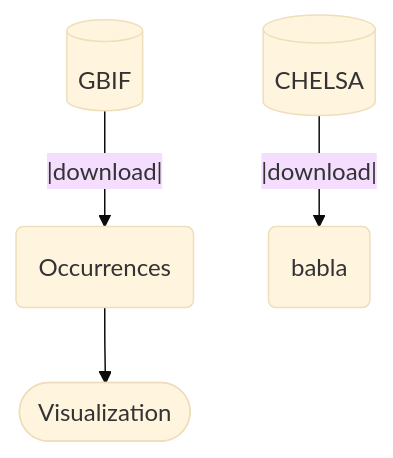
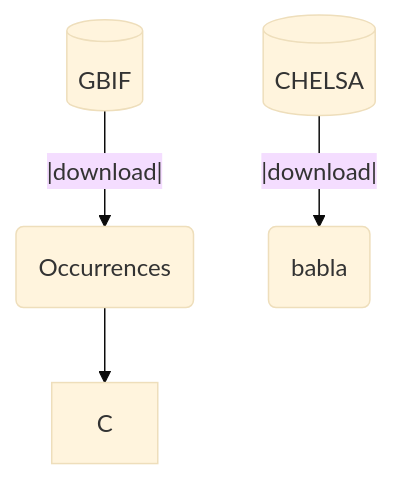
One commit to Becheler/iDDC_on_OSG changed the diagram in README.md. Above: the diagram before and after it, drawn with Mermaid (base theme).

Commit message:
bug: mermaid

````diff
--- a/README.md
+++ b/README.md
@@ -25,6 +25,6 @@
 ```mermaid
   graph TD;
       A[(GBIF)]--|download|-->B(Occurrences);
-      B-->C(["Visualization"]);
+      B-->C;
       D[(CHELSA)]--|download|-->E(babla);
 ```
````
